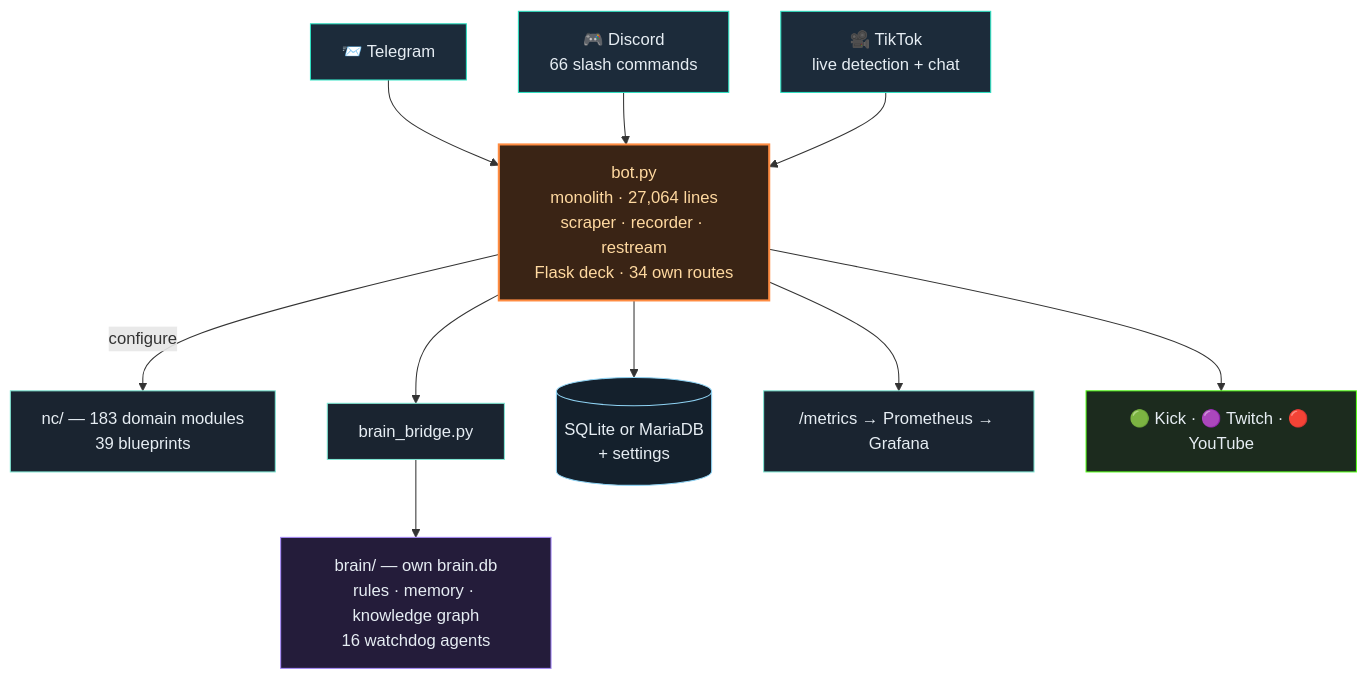
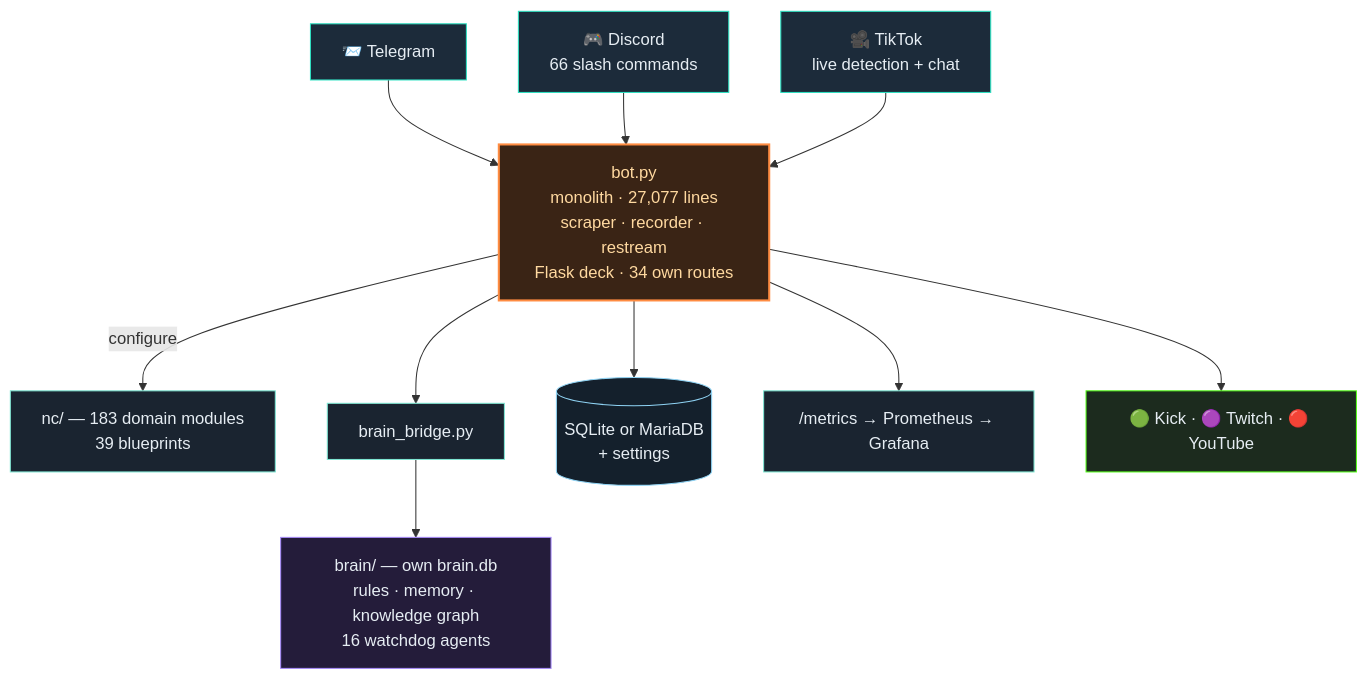
The second of 3 diagrams in README.en.md (itsamemedev/Telegram-Stream-Info-Bot), drawn with Mermaid before and after one commit. The commit also changed other lines of this file and 11 other files, not shown here.

````diff
--- a/README.en.md
+++ b/README.en.md
@@ -119,19 +119,19 @@
 ```mermaid
 flowchart TB
     TG["📨 Telegram"]:::ein --> BOT
     DC["🎮 Discord<br/>66 slash commands"]:::ein --> BOT
     TT["🎥 TikTok<br/>live detection + chat"]:::ein --> BOT
-    BOT["bot.py<br/>monolith · 27,064 lines<br/>scraper · recorder · restream<br/>Flask deck · 34 own routes"]:::core
+    BOT["bot.py<br/>monolith · 27,077 lines<br/>scraper · recorder · restream<br/>Flask deck · 34 own routes"]:::core
     BOT -->|configure| NC["nc/ — 183 domain modules<br/>39 blueprints"]:::lib
     BOT --> BR["brain_bridge.py"]:::lib
     BR --> BRAIN["brain/ — own brain.db<br/>rules · memory · knowledge graph<br/>16 watchdog agents"]:::brain
     BOT --> DB[("SQLite or MariaDB<br/>+ settings")]:::db
     BOT --> PROM["/metrics → Prometheus → Grafana"]:::lib
     BOT --> OUT["🟢 Kick · 🟣 Twitch · 🔴 YouTube"]:::out
     classDef ein fill:#1c2b3a,stroke:#2de1c2,color:#e6edf3
     classDef core fill:#3a2415,stroke:#ff8c42,stroke-width:2px,color:#ffd9a0
     classDef lib fill:#1a2430,stroke:#7fe7d4,color:#e6edf3
     classDef brain fill:#241c3a,stroke:#a78bfa,color:#e6edf3
     classDef db fill:#14202c,stroke:#8fd3f4,color:#e6edf3
     classDef out fill:#1c2b1e,stroke:#53fc18,color:#e6edf3
 ```
````
